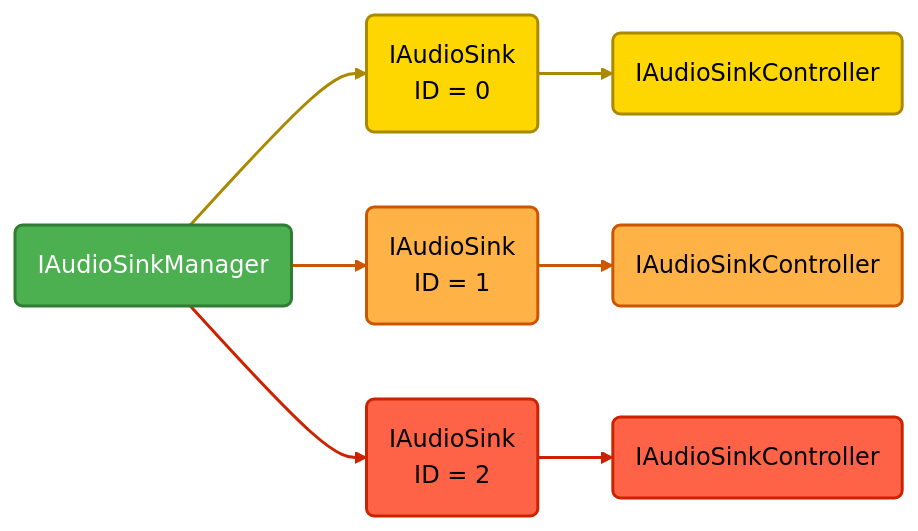
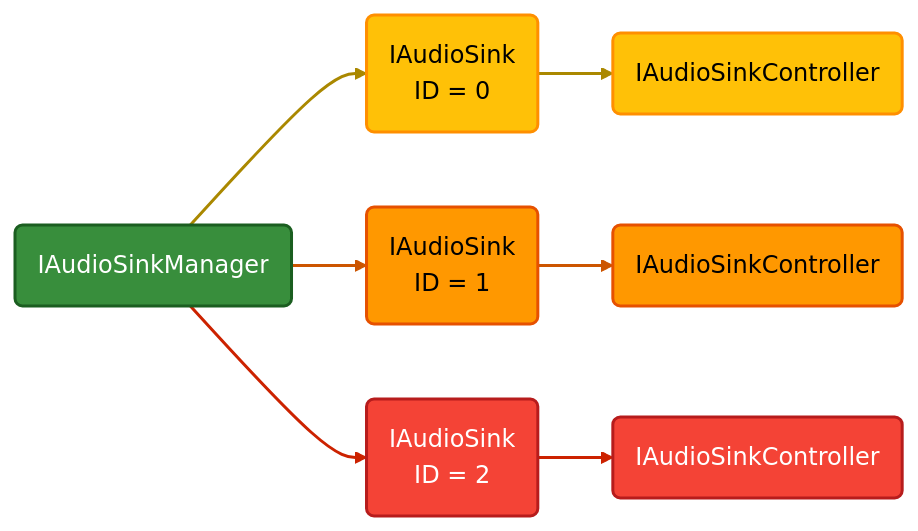
Before and after one commit to rdkcentral/rdk-halif-aidl: the second of 3 diagrams in docs/halif/audio_sink/current/audio_sink.md, drawn with Mermaid. The commit also changed other lines of this file and 27 other files, not shown here.

````diff
--- a/docs/halif/audio_sink/current/audio_sink.md
+++ b/docs/halif/audio_sink/current/audio_sink.md
@@ -88,41 +154,42 @@
 ```mermaid
 graph LR
 
     %% --- Encapsulating Everything Inside "Audio Decoder HAL" ---
     IAudioSinkManager("IAudioSinkManager")
 
     %% --- Audio Decoder Manager Service Spawns Instances ---
     IAudioSinkManager --> ADI1("IAudioSink <br> ID = 0")
     IAudioSinkManager --> ADI2("IAudioSink <br> ID = 1")
     IAudioSinkManager --> ADI3("IAudioSink <br> ID = 2")
 
     %% --- Each Instance Has a Controller ---
     ADI1 --> ADIC1("IAudioSinkController")
     ADI2 --> ADIC2("IAudioSinkController")
     ADI3 --> ADIC3("IAudioSinkController")
 
     %% --- High Contrast Styling (Rounded Box Simulation) ---
-    classDef background fill:#FFFFFF,stroke:none
-    classDef manager fill:#4CAF50,stroke:#2E7D32,stroke-width:2px,color:#FFFFFF;
-    classDef instance1 fill:#FFD700,stroke:#AA8800,stroke-width:2px,color:#000000;
-    classDef instance2 fill:#FFB347,stroke:#CC5500,stroke-width:2px,color:#000000;
-    classDef instance3 fill:#FF6347,stroke:#CC2200,stroke-width:2px,color:#000000;
-    classDef controller fill:#00CED1,stroke:#008B8B,stroke-width:2px,color:#000000;
+    classDef background fill:#121212,stroke:none,color:#E0E0E0;
+    classDef manager fill:#388E3C,stroke:#1B5E20,stroke-width:2px,color:#FFFFFF;
+    classDef instance1 fill:#FFC107,stroke:#FF8F00,stroke-width:2px,color:#000000;
+    classDef instance2 fill:#FF9800,stroke:#E65100,stroke-width:2px,color:#000000;
+    classDef instance3 fill:#F44336,stroke:#B71C1C,stroke-width:2px,color:#FFFFFF;
+    classDef controller fill:#00ACC1,stroke:#006064,stroke-width:2px,color:#000000;
+
 
     %% --- Apply Colors ---
     class IAudioSinkManager manager;
     class ADI1 instance1;
     class ADI2 instance2;
     class ADI3 instance3;
     class ADIC1 instance1;
     class ADIC2 instance2;
     class ADIC3 instance3;
 
     %% --- Consistent Link Colors Per Instance ---
     %% Yellow for Instance 0
     linkStyle 0,3 stroke:#AA8800,stroke-width:2px;
     %% Orange for Instance 1
     linkStyle 1,4 stroke:#CC5500,stroke-width:2px;
     %% Red for Instance 2
     linkStyle 2,5 stroke:#CC2200,stroke-width:2px;
 ```
````
